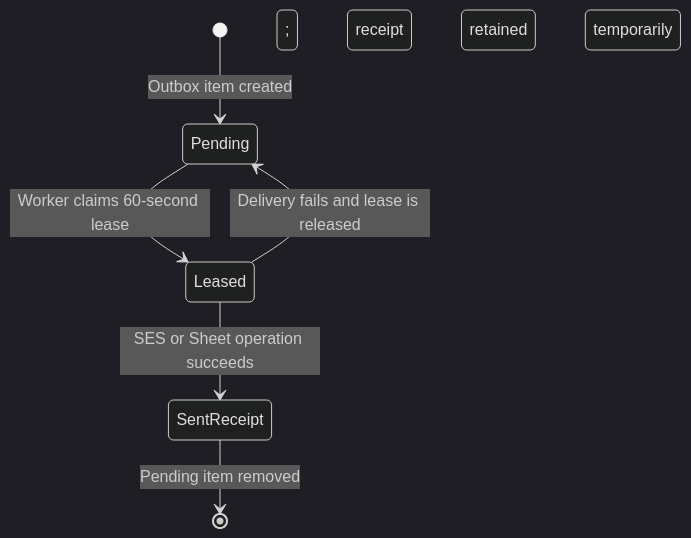
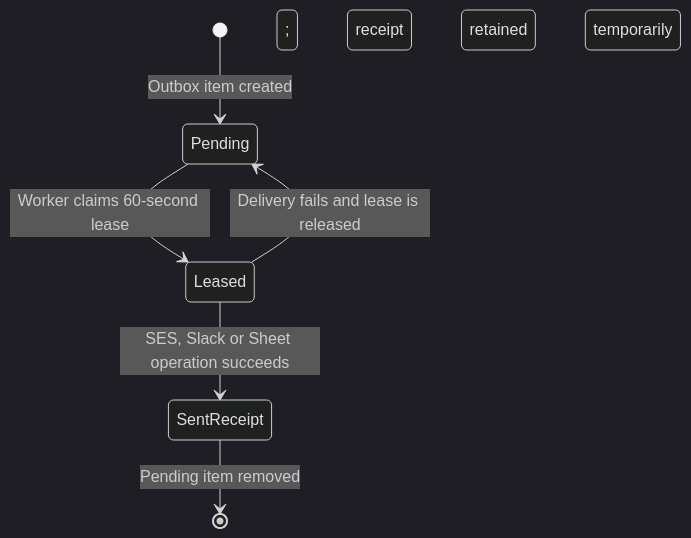
One commit to Martin-Reinoso/independentschoolwest changed diagram 13 of 14 in Rosewood enrolment/v6/DATA-PROCESS-MAP.md. Above: the diagram before and after it, drawn with Mermaid (dark theme). The commit also changed other lines of this file and 13 other files, not shown here.

````diff
--- a/Rosewood enrolment/v6/DATA-PROCESS-MAP.md
+++ b/Rosewood enrolment/v6/DATA-PROCESS-MAP.md
@@ -694,8 +697,8 @@
 ```mermaid
 stateDiagram-v2
     [*] --> Pending: Outbox item created
     Pending --> Leased: Worker claims 60-second lease
-    Leased --> SentReceipt: SES or Sheet operation succeeds
+    Leased --> SentReceipt: SES, Slack or Sheet operation succeeds
     Leased --> Pending: Delivery fails and lease is released
     SentReceipt --> [*]: Pending item removed; receipt retained temporarily
 ```
````
